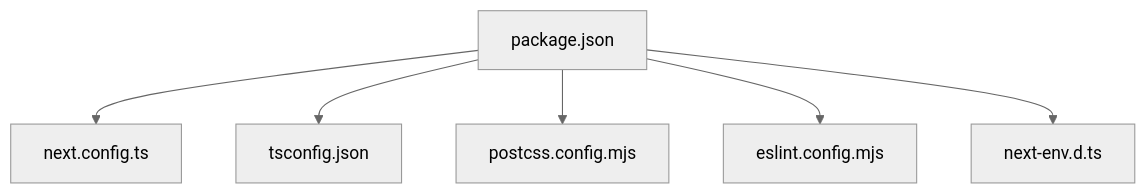
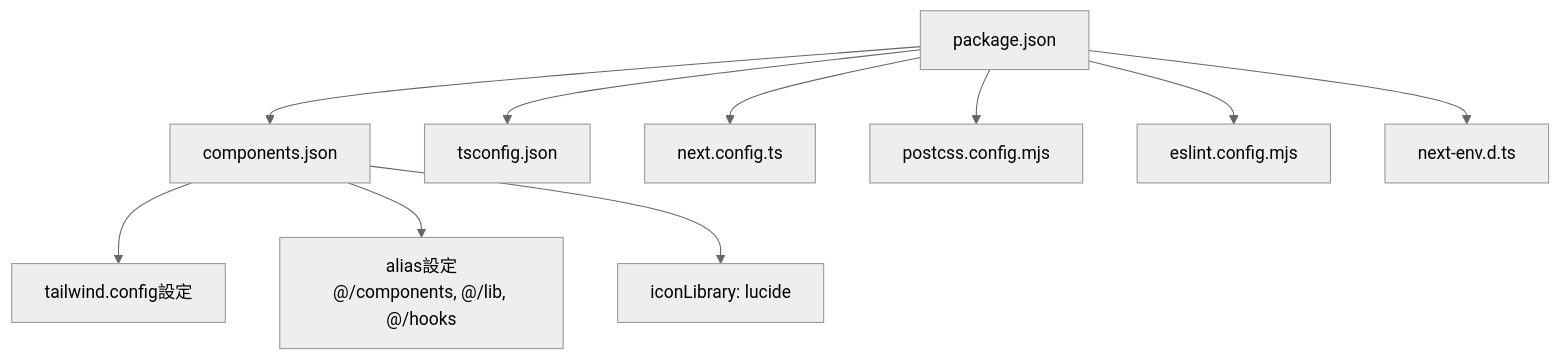
Before and after one commit to ss8806/Todos: the sixth of 10 diagrams in .qoder/repowiki/ja/content/フロントエンド開発.md, drawn with Mermaid (neutral theme). The commit also changed other lines of this file and 3 other files, not shown here.

````diff
--- a/.qoder/repowiki/ja/content/フロントエンド開発.md
+++ b/.qoder/repowiki/ja/content/フロントエンド開発.md
@@ -255,14 +352,19 @@
 ```mermaid
 graph TB
 PKG["package.json"]
+COMPJSON["components.json"]
 TSCFG["tsconfig.json"]
 NEXTCFG["next.config.ts"]
 POSTCSS["postcss.config.mjs"]
 ESLINT["eslint.config.mjs"]
 NEXTENV["next-env.d.ts"]
 PKG --> NEXTCFG
 PKG --> TSCFG
 PKG --> POSTCSS
 PKG --> ESLINT
 PKG --> NEXTENV
+PKG --> COMPJSON
+COMPJSON --> TAILWIND["tailwind.config設定"]
+COMPJSON --> ALIASES["alias設定<br/>@/components, @/lib, @/hooks"]
+COMPJSON --> ICONLIB["iconLibrary: lucide"]
 ```
````
